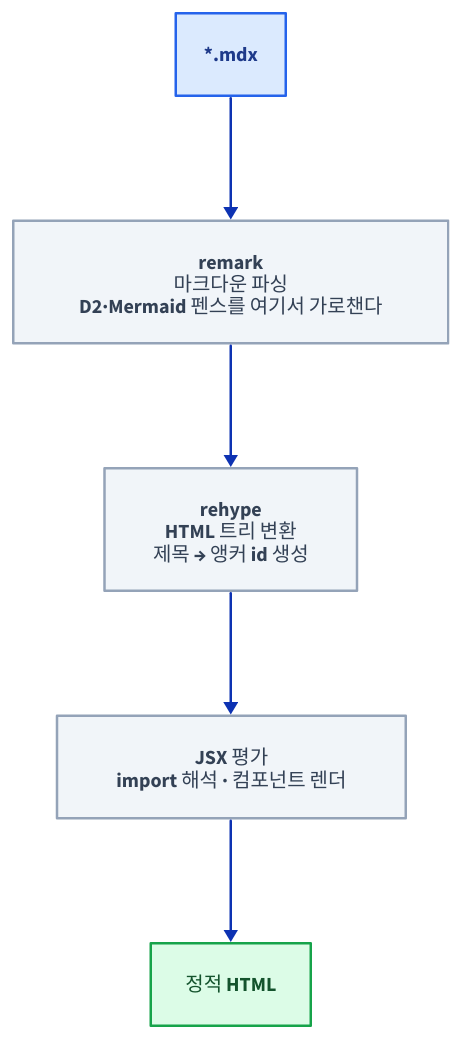
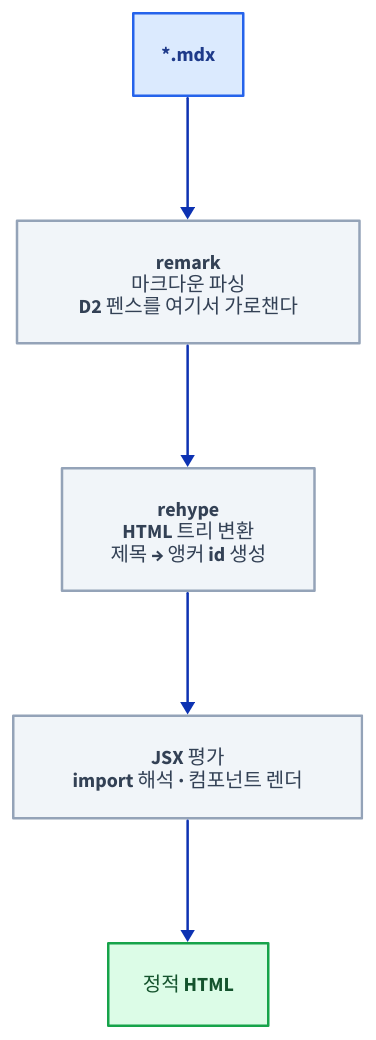
The diagram in src/content/docs/starlight/04-mdx.mdx (mechurak/study-starlight), drawn with D2 before and after one commit. The commit also changed 25 other files, not shown here.

First line of the commit message:
chore: remove mermaid integration and rewrite docs around D2

````diff
--- a/src/content/docs/starlight/04-mdx.mdx
+++ b/src/content/docs/starlight/04-mdx.mdx
@@ -66,38 +66,38 @@
 ```d2 title="MDX 파일이 remark 파싱과 rehype 변환, JSX 평가를 차례로 거쳐 정적 HTML이 되는 변환 파이프라인"
 direction: down
 
 classes: {
   key: {
     style: {
       fill: "#dbeafe"
       stroke: "#2563eb"
       font-color: "#1e3a8a"
     }
   }
   mute: {
     style: {
       fill: "#f1f5f9"
       stroke: "#94a3b8"
       font-color: "#334155"
     }
   }
   ok: {
     style: {
       fill: "#dcfce7"
       stroke: "#16a34a"
       font-color: "#14532d"
     }
   }
 }
 
 src: "*.mdx" { class: key }
-remark: "remark\n마크다운 파싱\nD2·Mermaid 펜스를 여기서 가로챈다" { class: mute }
+remark: "remark\n마크다운 파싱\nD2 펜스를 여기서 가로챈다" { class: mute }
 rehype: "rehype\nHTML 트리 변환\n제목 → 앵커 id 생성" { class: mute }
 jsx: "JSX 평가\nimport 해석 · 컴포넌트 렌더" { class: mute }
 out: "정적 HTML" { class: ok }
 
 src -> remark
 remark -> rehype
 rehype -> jsx
 jsx -> out
 ```
````
